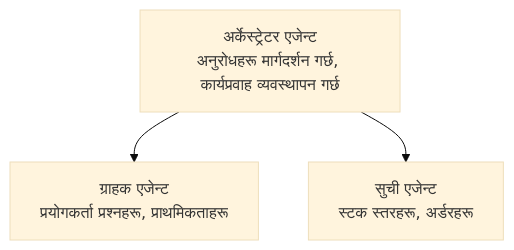
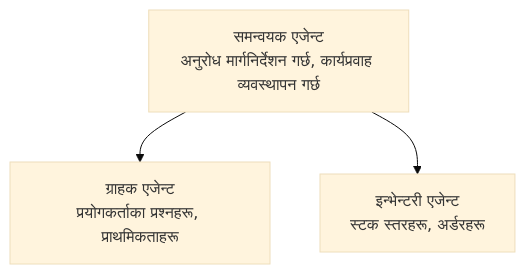
Before and after one commit to microsoft/AZD-for-beginners: the diagram in translations/ne/docs/chapter-05-multi-agent/README.md, drawn with Mermaid (base theme). The commit also changed other lines of this file and 104 other files, not shown here.

````diff
--- a/translations/ne/docs/chapter-05-multi-agent/README.md
+++ b/translations/ne/docs/chapter-05-multi-agent/README.md
@@ -52,5 +54,5 @@
 ```mermaid
 graph TD
-    Orchestrator[अर्केस्ट्रेटर एजेन्ट<br/>अनुरोधहरू मार्गदर्शन गर्छ, कार्यप्रवाह व्यवस्थापन गर्छ] --> Customer[ग्राहक एजेन्ट<br/>प्रयोगकर्ता प्रश्नहरू, प्राथमिकताहरू]
-    Orchestrator --> Inventory[सुची एजेन्ट<br/>स्टक स्तरहरू, अर्डरहरू]
+    Orchestrator[समन्वयक एजेन्ट<br/>अनुरोध मार्गनिर्देशन गर्छ, कार्यप्रवाह व्यवस्थापन गर्छ] --> Customer[ग्राहक एजेन्ट<br/>प्रयोगकर्ताका प्रश्नहरू, प्राथमिकताहरू]
+    Orchestrator --> Inventory[इन्भेन्टरी एजेन्ट<br/>स्टक स्तरहरू, अर्डरहरू]
 ```
````
